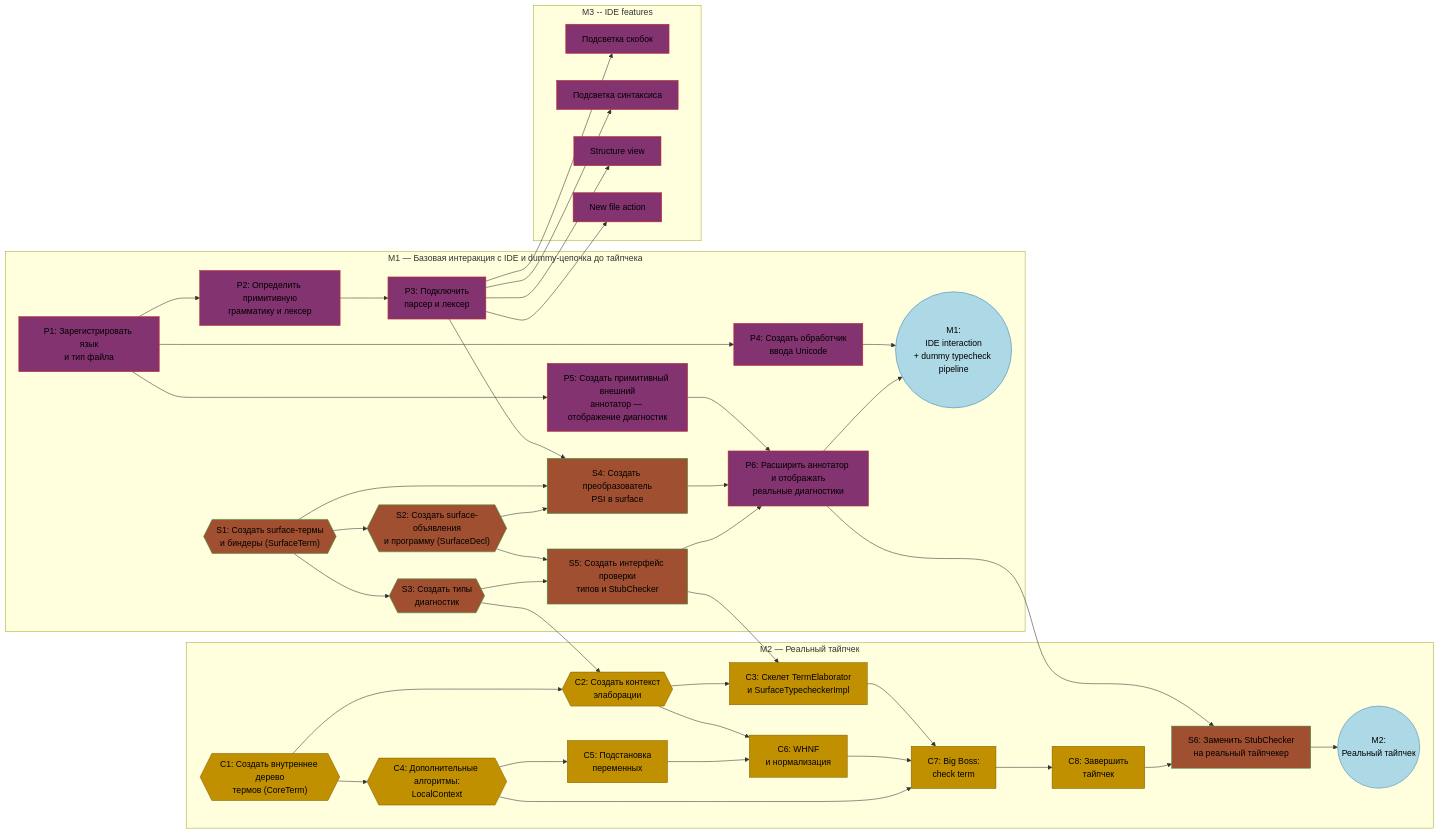
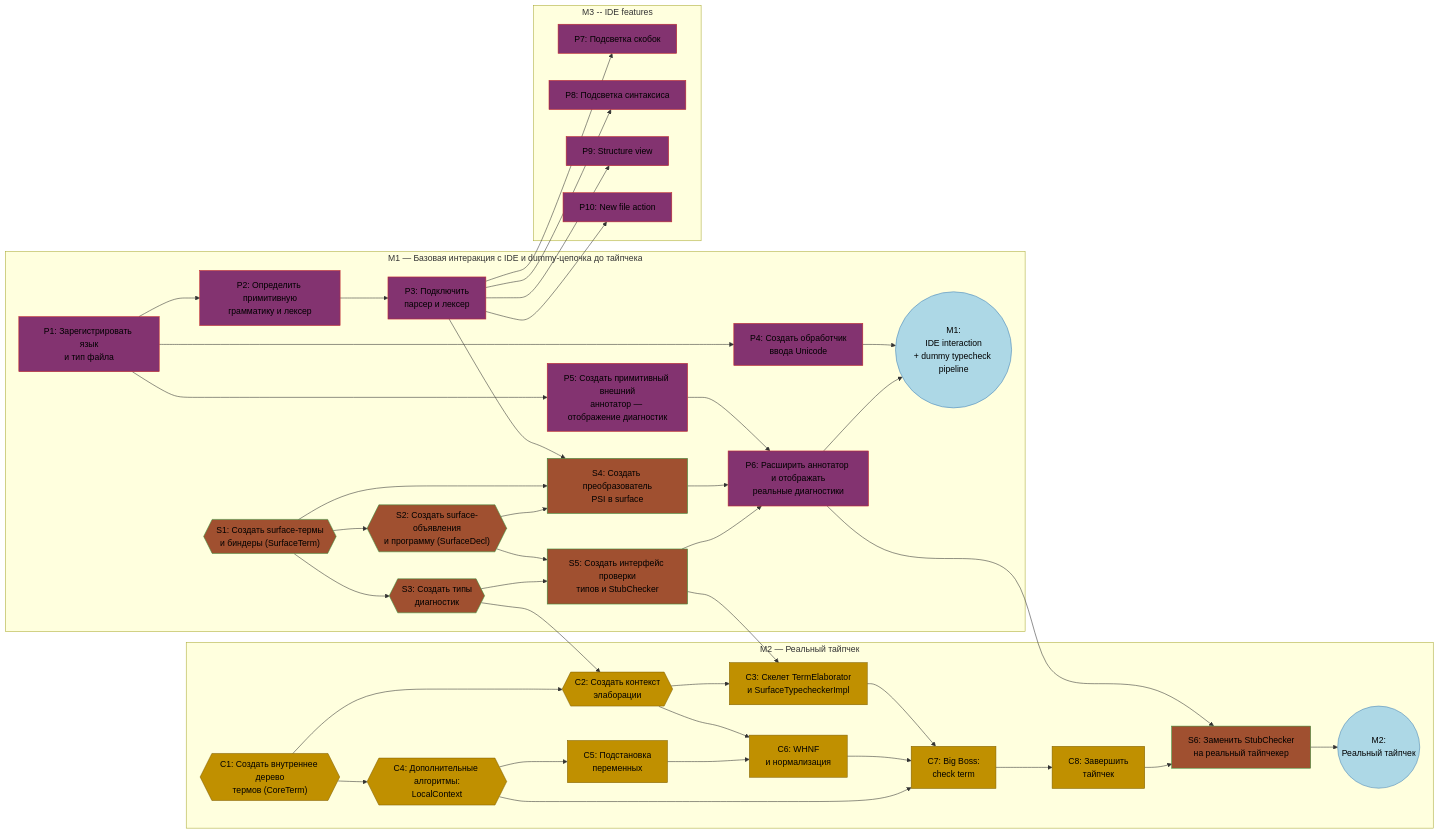
The diagram in docs/plan.md (delta-summer-camp-team/delta-type-theory), drawn with Mermaid before and after one commit.

Commit message:
More plans

```diff
--- a/docs/plan.md
+++ b/docs/plan.md
@@ -43,10 +43,10 @@
     end
     
     subgraph m3 ["M3 -- IDE features"]
-        P7["Подсветка скобок"]:::plugin
-        P8["Подсветка синтаксиса"]:::plugin
-        P9["Structure view"]:::plugin
-        P10["New file action"]:::plugin
+        P7["P7: Подсветка скобок"]:::plugin
+        P8["P8: Подсветка синтаксиса"]:::plugin
+        P9["P9: Structure view"]:::plugin
+        P10["P10: New file action"]:::plugin
     end
 
 %% Plugin
```
